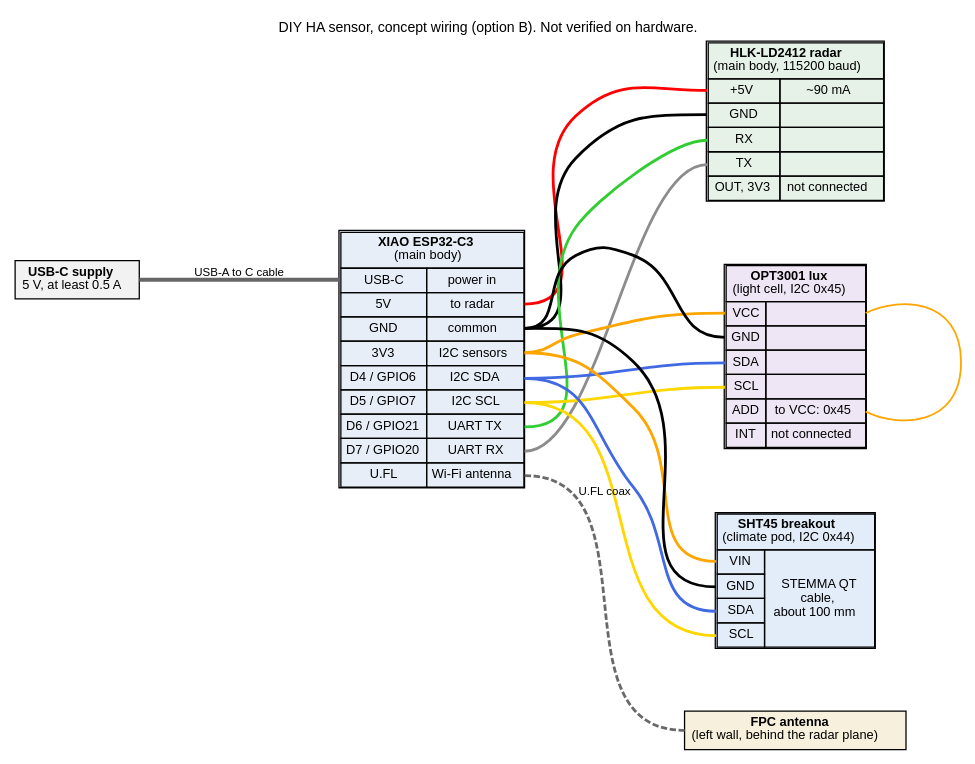
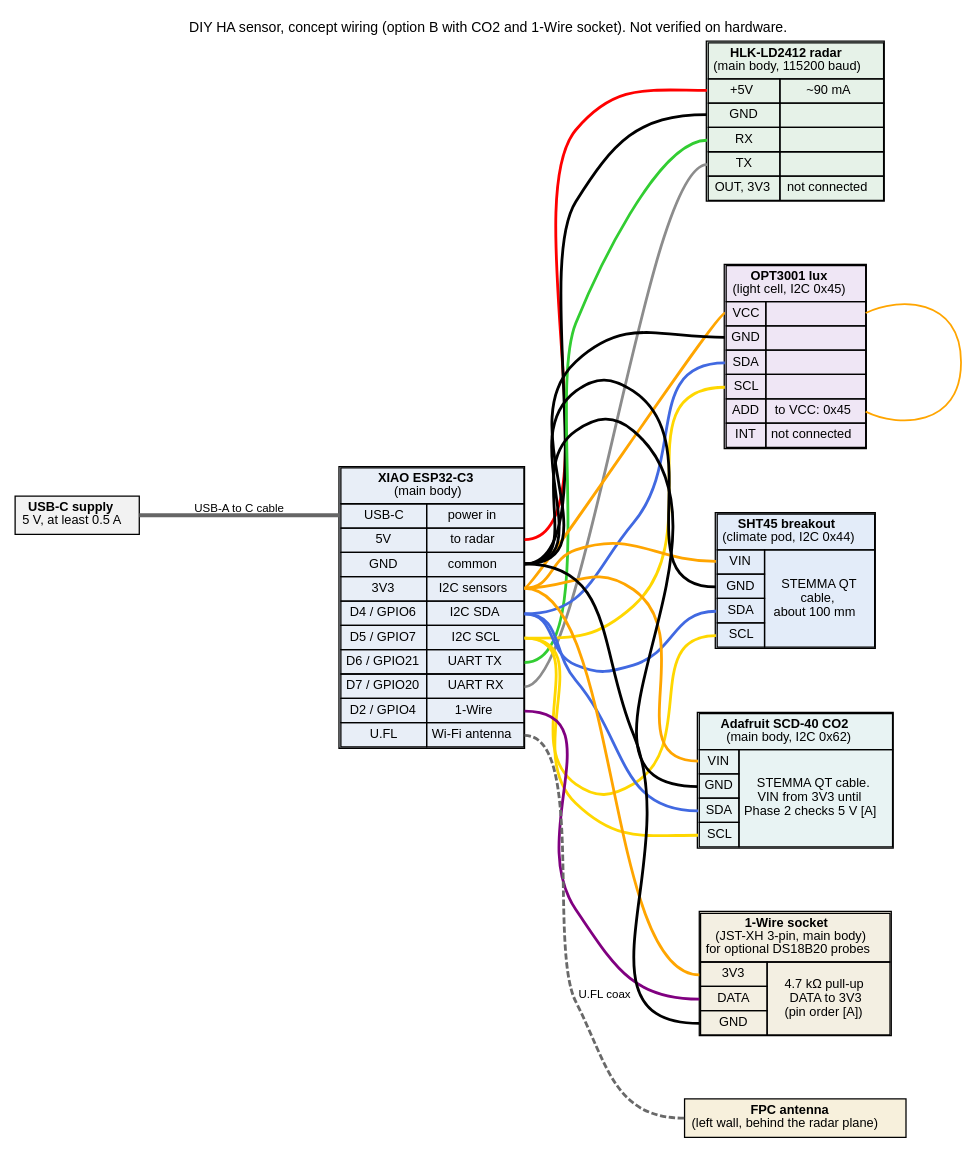
The diagram in cad/concept/wiring_concept.dot (paulforrester/diy-ha-sensor), drawn with Graphviz before and after one commit. The commit also changed 8 other files, not shown here.

First line of the commit message:
Add a 1-Wire probe socket to every unit

```diff
--- a/cad/concept/wiring_concept.dot
+++ b/cad/concept/wiring_concept.dot
@@ -1,87 +1,116 @@
 // Phase 0 concept wiring (option B). Wire colours match the 3D renders, except radar TX -> XIAO RX:
 // grey here, white in 3D.
 // XIAO pin names and GPIOs: ESPHome 2026.9.1 boards.py (seeed_xiao_esp32c3).
 // LD2412 and OPT3001 pin names: Hi-Link manual / ESPHome docs photo. Physical pin order is not verified [A].
+// The SCD-40 (CO2, standard on every unit) and the 1-Wire socket were added in Phase 1
+// (docs/design_decisions.md, 2026-10-15); neither is in the 3D model yet.
 digraph wiring {
   graph [rankdir=LR, fontname="Helvetica", fontsize=11, nodesep=0.35, ranksep=1.1, bgcolor="white",
-         label="DIY HA sensor, concept wiring (option B). Not verified on hardware.", labelloc=t];
+         label="DIY HA sensor, concept wiring (option B with CO2 and 1-Wire socket). Not verified on hardware.", labelloc=t];
   node  [shape=plain, fontname="Helvetica", fontsize=10];
   edge  [penwidth=2.2, arrowhead=none, fontname="Helvetica", fontsize=9];
 
   usb [label=<
     <table border="1" cellborder="0" cellspacing="0" cellpadding="4" bgcolor="#f2f2f2">
       <tr><td><b>USB-C supply</b><br/>5 V, at least 0.5 A</td></tr>
     </table>>];
 
   xiao [label=<
     <table border="1" cellborder="1" cellspacing="0" cellpadding="3" bgcolor="#e8eef7">
       <tr><td colspan="2"><b>XIAO ESP32-C3</b><br/>(main body)</td></tr>
       <tr><td port="usb">USB-C</td><td>power in</td></tr>
       <tr><td>5V</td><td port="v5">to radar</td></tr>
       <tr><td>GND</td><td port="gnd">common</td></tr>
       <tr><td>3V3</td><td port="v33">I2C sensors</td></tr>
       <tr><td>D4 / GPIO6</td><td port="sda">I2C SDA</td></tr>
       <tr><td>D5 / GPIO7</td><td port="scl">I2C SCL</td></tr>
       <tr><td>D6 / GPIO21</td><td port="tx">UART TX</td></tr>
       <tr><td>D7 / GPIO20</td><td port="rx">UART RX</td></tr>
+      <tr><td>D2 / GPIO4</td><td port="ow">1-Wire</td></tr>
       <tr><td>U.FL</td><td port="ufl">Wi-Fi antenna</td></tr>
     </table>>];
 
   radar [label=<
     <table border="1" cellborder="1" cellspacing="0" cellpadding="3" bgcolor="#e6f2e8">
       <tr><td colspan="2"><b>HLK-LD2412 radar</b><br/>(main body, 115200 baud)</td></tr>
       <tr><td port="v5">+5V</td><td>~90 mA</td></tr>
       <tr><td port="gnd">GND</td><td></td></tr>
       <tr><td port="rx">RX</td><td></td></tr>
       <tr><td port="tx">TX</td><td></td></tr>
       <tr><td>OUT, 3V3</td><td>not connected</td></tr>
     </table>>];
 
   opt [label=<
     <table border="1" cellborder="1" cellspacing="0" cellpadding="3" bgcolor="#efe6f5">
       <tr><td colspan="2"><b>OPT3001 lux</b><br/>(light cell, I2C 0x45)</td></tr>
       <tr><td port="vcc">VCC</td><td port="vcce"></td></tr>
       <tr><td port="gnd">GND</td><td></td></tr>
       <tr><td port="sda">SDA</td><td></td></tr>
       <tr><td port="scl">SCL</td><td></td></tr>
       <tr><td port="add">ADD</td><td port="adde">to VCC: 0x45</td></tr>
       <tr><td>INT</td><td>not connected</td></tr>
     </table>>];
 
   sht [label=<
     <table border="1" cellborder="1" cellspacing="0" cellpadding="3" bgcolor="#e3ecf9">
       <tr><td colspan="2"><b>SHT45 breakout</b><br/>(climate pod, I2C 0x44)</td></tr>
       <tr><td port="vin">VIN</td><td rowspan="4">STEMMA QT<br/>cable,<br/>about 100 mm</td></tr>
       <tr><td port="gnd">GND</td></tr>
       <tr><td port="sda">SDA</td></tr>
       <tr><td port="scl">SCL</td></tr>
     </table>>];
 
+  scd [label=<
+    <table border="1" cellborder="1" cellspacing="0" cellpadding="3" bgcolor="#e8f3f3">
+      <tr><td colspan="2"><b>Adafruit SCD-40 CO2</b><br/>(main body, I2C 0x62)</td></tr>
+      <tr><td port="vin">VIN</td><td rowspan="4">STEMMA QT cable.<br/>VIN from 3V3 until<br/>Phase 2 checks 5 V [A]</td></tr>
+      <tr><td port="gnd">GND</td></tr>
+      <tr><td port="sda">SDA</td></tr>
+      <tr><td port="scl">SCL</td></tr>
+    </table>>];
+
+  ow [label=<
+    <table border="1" cellborder="1" cellspacing="0" cellpadding="3" bgcolor="#f3efe2">
+      <tr><td colspan="2"><b>1-Wire socket</b><br/>(JST-XH 3-pin, main body)<br/>for optional DS18B20 probes</td></tr>
+      <tr><td port="v33">3V3</td><td rowspan="3">4.7 kΩ pull-up<br/>DATA to 3V3<br/>(pin order [A])</td></tr>
+      <tr><td port="data">DATA</td></tr>
+      <tr><td port="gnd">GND</td></tr>
+    </table>>];
+
   ant [label=<
     <table border="1" cellborder="0" cellspacing="0" cellpadding="4" bgcolor="#f7f0dc">
       <tr><td><b>FPC antenna</b><br/>(left wall, behind the radar plane)</td></tr>
     </table>>];
 
-  { rank=same; radar; opt; sht; ant; }
-  radar -> opt -> sht -> ant [style=invis];
+  { rank=same; radar; opt; sht; scd; ow; ant; }
+  radar -> opt -> sht -> scd -> ow -> ant [style=invis];
 
   usb:e -> xiao:usb:w [color="gray40", penwidth=3, label="USB-A to C cable"];
 
   xiao:v5:e -> radar:v5:w  [color="red"];
   xiao:gnd:e -> radar:gnd:w [color="black"];
   xiao:tx:e -> radar:rx:w  [color="limegreen"];
   xiao:rx:e -> radar:tx:w  [color="gray55", style=bold];
 
   xiao:v33:e -> opt:vcc:w   [color="orange"];
   xiao:gnd:e -> opt:gnd:w   [color="black"];
   xiao:sda:e -> opt:sda:w   [color="royalblue"];
   xiao:scl:e -> opt:scl:w   [color="gold"];
   opt:adde:e -> opt:vcce:e [color="orange", penwidth=1.4, constraint=false];
 
   xiao:v33:e -> sht:vin:w   [color="orange"];
   xiao:gnd:e -> sht:gnd:w   [color="black"];
   xiao:sda:e -> sht:sda:w   [color="royalblue"];
   xiao:scl:e -> sht:scl:w   [color="gold"];
 
+  xiao:v33:e -> scd:vin:w   [color="orange"];
+  xiao:gnd:e -> scd:gnd:w   [color="black"];
+  xiao:sda:e -> scd:sda:w   [color="royalblue"];
+  xiao:scl:e -> scd:scl:w   [color="gold"];
+
+  xiao:v33:e -> ow:v33:w    [color="orange"];
+  xiao:ow:e  -> ow:data:w   [color="purple"];
+  xiao:gnd:e -> ow:gnd:w    [color="black"];
+
   xiao:ufl:e -> ant:w       [color="dimgray", style=dashed, label="U.FL coax"];
 }
```
